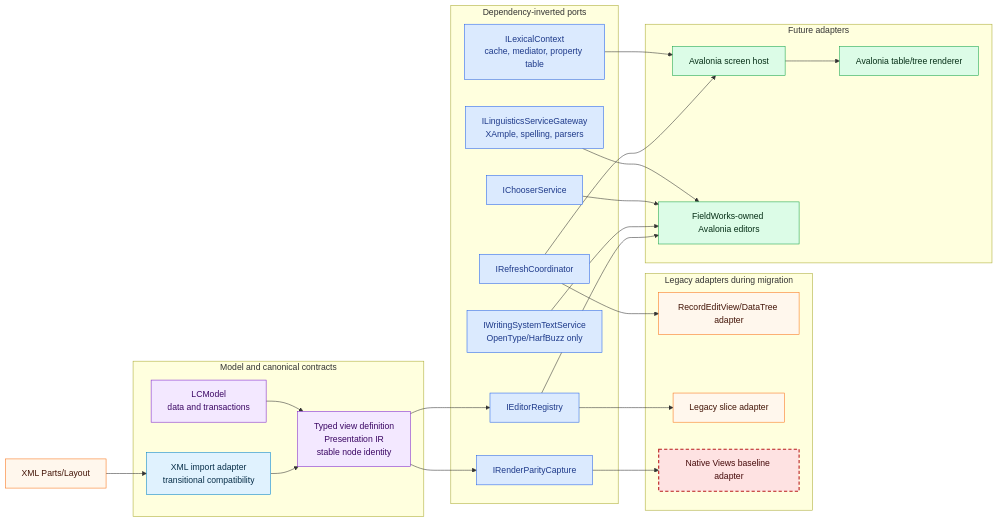
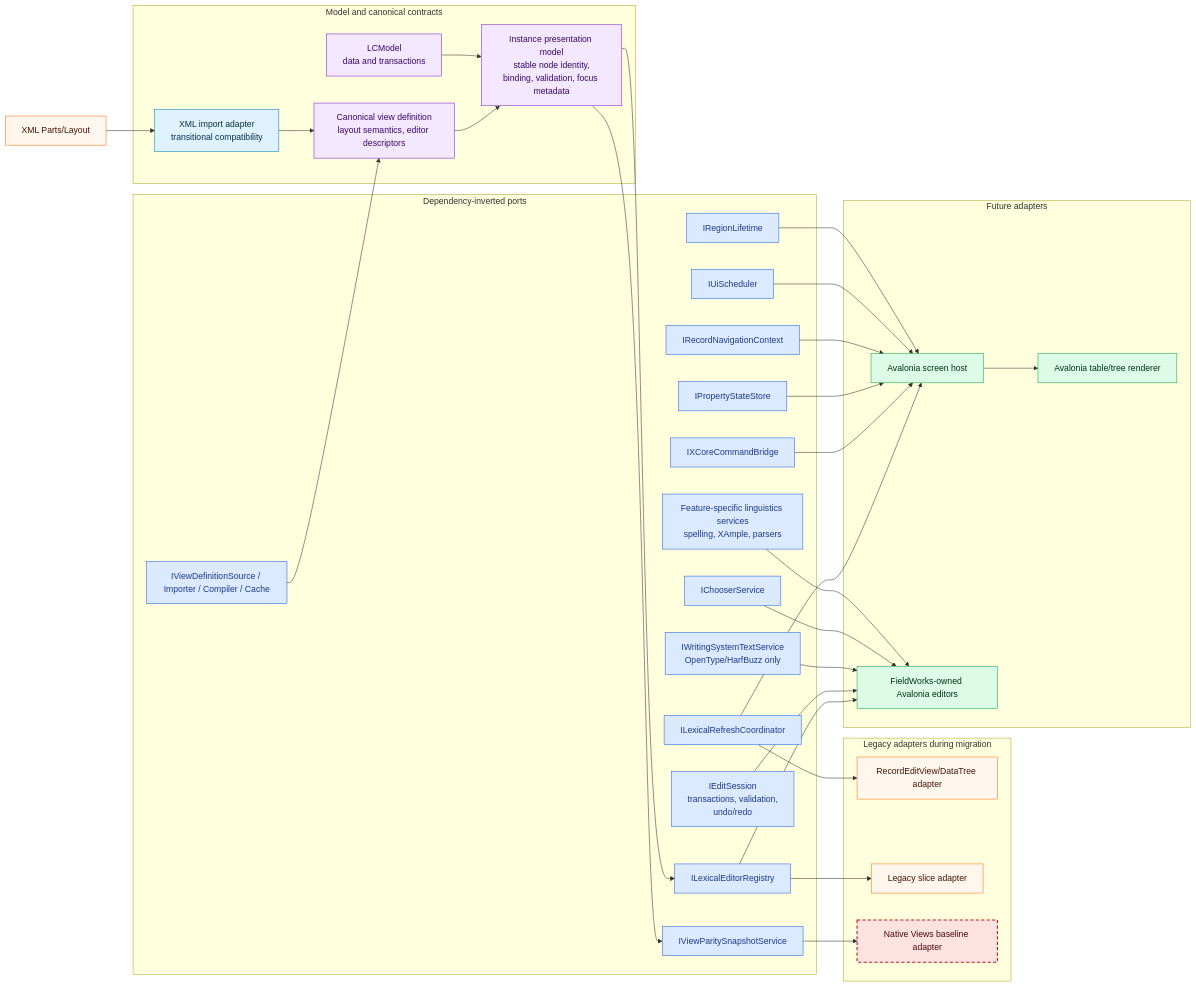
The second of 6 diagrams in openspec/changes/lexical-edit-avalonia-migration/architecture-diagrams.md (sillsdev/FieldWorks), drawn with Mermaid before and after one commit. The commit also changed other lines of this file and 11 other files, not shown here.

````diff
--- a/openspec/changes/lexical-edit-avalonia-migration/architecture-diagrams.md
+++ b/openspec/changes/lexical-edit-avalonia-migration/architecture-diagrams.md
@@ -63,52 +63,65 @@
 ```mermaid
 flowchart LR
   subgraph Model["Model and canonical contracts"]
     LCModel["LCModel<br/>data and transactions"]:::model
-    TypedIR["Typed view definition<br/>Presentation IR<br/>stable node identity"]:::model
+    Canonical["Canonical view definition<br/>layout semantics, editor descriptors"]:::model
+    Presentation["Instance presentation model<br/>stable node identity,<br/>binding, validation, focus metadata"]:::model
     XMLImport["XML import adapter<br/>transitional compatibility"]:::adapter
   end
 
   subgraph Ports["Dependency-inverted ports"]
-    Refresh["IRefreshCoordinator"]:::port
-    Editors["IEditorRegistry"]:::port
+    Refresh["ILexicalRefreshCoordinator"]:::port
+    ViewDefs["IViewDefinitionSource / Importer / Compiler / Cache"]:::port
+    Editors["ILexicalEditorRegistry"]:::port
+    EditSession["IEditSession<br/>transactions, validation,<br/>undo/redo"]:::port
     Choosers["IChooserService"]:::port
     Text["IWritingSystemTextService<br/>OpenType/HarfBuzz only"]:::port
-    Context["ILexicalContext<br/>cache, mediator, property table"]:::port
-    Linguistics["ILinguisticsServiceGateway<br/>XAmple, spelling, parsers"]:::port
-    Capture["IRenderParityCapture"]:::port
+    Command["IXCoreCommandBridge"]:::port
+    PropertyState["IPropertyStateStore"]:::port
+    Navigation["IRecordNavigationContext"]:::port
+    Scheduler["IUiScheduler"]:::port
+    Lifetime["IRegionLifetime"]:::port
+    Linguistics["Feature-specific linguistics services<br/>spelling, XAmple, parsers"]:::port
+    Capture["IViewParitySnapshotService"]:::port
   end
 
   subgraph LegacyAdapters["Legacy adapters during migration"]
     LegacyHost["RecordEditView/DataTree adapter"]:::legacy
     LegacySlices["Legacy slice adapter"]:::legacy
     LegacyViews["Native Views baseline adapter"]:::decom
   end
 
   subgraph FutureAdapters["Future adapters"]
     AvaloniaHost["Avalonia screen host"]:::future
     AvaloniaEditors["FieldWorks-owned Avalonia editors"]:::future
     TableTree["Avalonia table/tree renderer"]:::future
   end
 
-  XMLParts["XML Parts/Layout"]:::legacy --> XMLImport --> TypedIR
-  LCModel --> TypedIR
-  TypedIR --> Editors
-  TypedIR --> Capture
+  XMLParts["XML Parts/Layout"]:::legacy --> XMLImport --> Canonical
+  ViewDefs --> Canonical --> Presentation
+  LCModel --> Presentation
+  Presentation --> Editors
+  Presentation --> Capture
   Refresh --> LegacyHost
   Editors --> LegacySlices
   Capture --> LegacyViews
   Editors --> AvaloniaEditors
+  EditSession --> AvaloniaEditors
   Refresh --> AvaloniaHost
   Text --> AvaloniaEditors
   Choosers --> AvaloniaEditors
-  Context --> AvaloniaHost
+  Command --> AvaloniaHost
+  PropertyState --> AvaloniaHost
+  Navigation --> AvaloniaHost
+  Scheduler --> AvaloniaHost
+  Lifetime --> AvaloniaHost
   Linguistics --> AvaloniaEditors
   AvaloniaHost --> TableTree
 
   classDef model fill:#f3e8ff,stroke:#7e22ce,color:#3b0764;
   classDef port fill:#dbeafe,stroke:#2563eb,color:#1e3a8a;
   classDef adapter fill:#e0f2fe,stroke:#0284c7,color:#082f49;
   classDef future fill:#dcfce7,stroke:#16a34a,color:#052e16;
   classDef legacy fill:#fff7ed,stroke:#f97316,color:#431407;
   classDef decom fill:#fee2e2,stroke:#b91c1c,stroke-width:2px,stroke-dasharray: 6 4,color:#450a0a;
 ```
````
